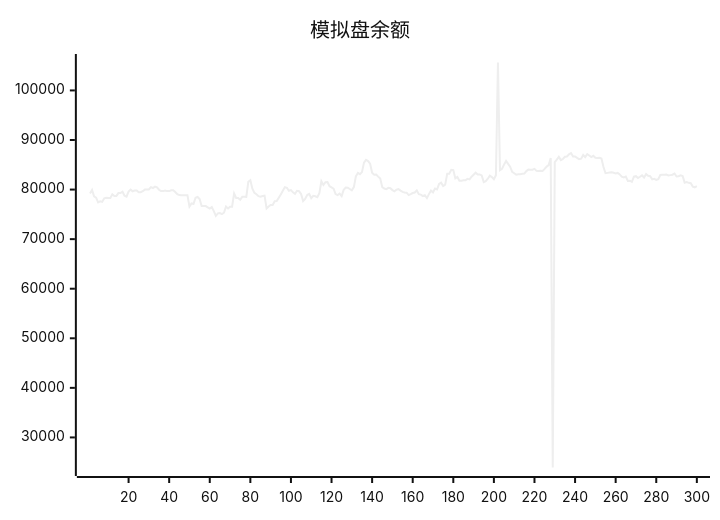
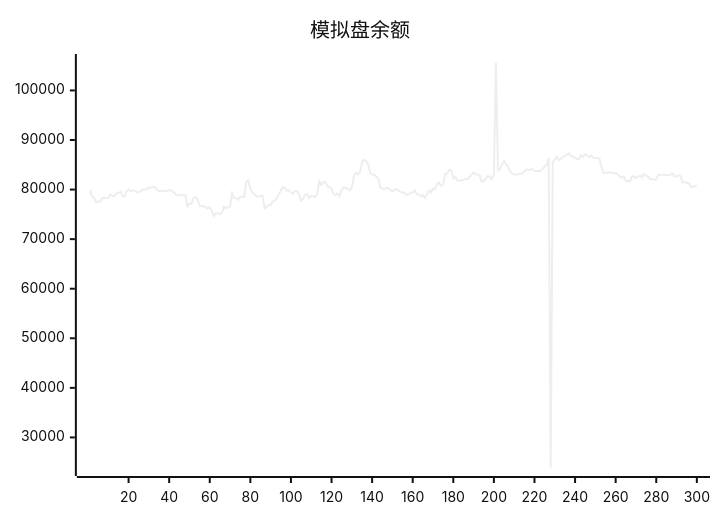
Before and after one commit to aahl/ai-trading: the diagram in README.md, drawn with Mermaid (neutral theme). The commit also changed other lines of this file and 1 other file, not shown here.

````diff
--- a/README.md
+++ b/README.md
@@ -5,5 +5,5 @@
 ```mermaid
 xychart
     title "模拟盘余额"
-    line [79222,79940,78643,78380,77432,77623,77504,78235,78358,78284,78277,79048,78714,78714,79290,79308,79567,78763,78563,79603,79988,79652,79813,79813,79476,79469,79673,79995,80015,80015,80486,80314,80600,80436,79966,79689,79689,79819,79692,79692,79850,79850,79518,79071,78889,78850,78850,78878,78878,76554,77202,77103,78357,78510,78106,76678,76677,76672,76411,76159,76485,75656,74695,75197,75246,75052,75334,76564,76179,76553,76551,79196,78300,78300,77944,78531,78531,78521,81564,81884,80160,79335,79055,78675,78580,78708,78764,76179,76586,76902,76876,77658,77669,78346,79023,79769,80497,80366,79761,79896,79448,79126,79749,79658,79097,77695,78114,78888,79126,78249,78738,78653,78478,79271,81680,80923,81488,81527,80681,80455,80190,79084,78879,79193,78686,79954,80403,80374,80118,79848,80491,82665,83351,83098,83525,85430,85983,85737,85221,83378,83014,83043,82613,82216,80477,80208,80081,80348,80277,79894,79670,79965,80093,79786,79542,79406,79371,78893,79087,79304,79406,79841,79072,78978,78696,78846,78272,79085,79787,79442,80198,80031,81120,81379,80718,80985,83214,83212,83993,83921,82270,82547,81776,81776,81866,81866,82158,82061,82596,83000,83408,83041,83050,82858,81503,81691,82188,82812,82517,82092,82901,105633,83898,84180,85030,85781,85178,84604,83569,83298,83008,83093,83107,83175,83228,83729,84025,84017,84019,84177,83775,83762,83785,83738,84160,84639,84939,86370,23934,85548,86046,86599,85942,86161,86622,86664,87115,87369,86666,86685,86384,86152,86243,86969,86548,87164,86885,86566,86809,86427,86348,86417,86273,84538,83299,83369,83430,83490,83404,83270,83362,83056,82605,82459,82614,81734,81788,81551,82598,82702,82320,82580,82878,82426,83139,82778,82686,82056,82166,81963,82110,82951,82983,82984,83038,82838,82915,82998,83235,82642,82682,82858,82746,81396,81512,81362,81277,80600,80461,80699]
+    line [79940,78643,78380,77432,77623,77504,78235,78358,78284,78277,79048,78714,78714,79290,79308,79567,78763,78563,79603,79988,79652,79813,79813,79476,79469,79673,79995,80015,80015,80486,80314,80600,80436,79966,79689,79689,79819,79692,79692,79850,79850,79518,79071,78889,78850,78850,78878,78878,76554,77202,77103,78357,78510,78106,76678,76677,76672,76411,76159,76485,75656,74695,75197,75246,75052,75334,76564,76179,76553,76551,79196,78300,78300,77944,78531,78531,78521,81564,81884,80160,79335,79055,78675,78580,78708,78764,76179,76586,76902,76876,77658,77669,78346,79023,79769,80497,80366,79761,79896,79448,79126,79749,79658,79097,77695,78114,78888,79126,78249,78738,78653,78478,79271,81680,80923,81488,81527,80681,80455,80190,79084,78879,79193,78686,79954,80403,80374,80118,79848,80491,82665,83351,83098,83525,85430,85983,85737,85221,83378,83014,83043,82613,82216,80477,80208,80081,80348,80277,79894,79670,79965,80093,79786,79542,79406,79371,78893,79087,79304,79406,79841,79072,78978,78696,78846,78272,79085,79787,79442,80198,80031,81120,81379,80718,80985,83214,83212,83993,83921,82270,82547,81776,81776,81866,81866,82158,82061,82596,83000,83408,83041,83050,82858,81503,81691,82188,82812,82517,82092,82901,105633,83898,84180,85030,85781,85178,84604,83569,83298,83008,83093,83107,83175,83228,83729,84025,84017,84019,84177,83775,83762,83785,83738,84160,84639,84939,86370,23934,85548,86046,86599,85942,86161,86622,86664,87115,87369,86666,86685,86384,86152,86243,86969,86548,87164,86885,86566,86809,86427,86348,86417,86273,84538,83299,83369,83430,83490,83404,83270,83362,83056,82605,82459,82614,81734,81788,81551,82598,82702,82320,82580,82878,82426,83139,82778,82686,82056,82166,81963,82110,82951,82983,82984,83038,82838,82915,82998,83235,82642,82682,82858,82746,81396,81512,81362,81277,80600,80461,80699,80673]
 ```
````
